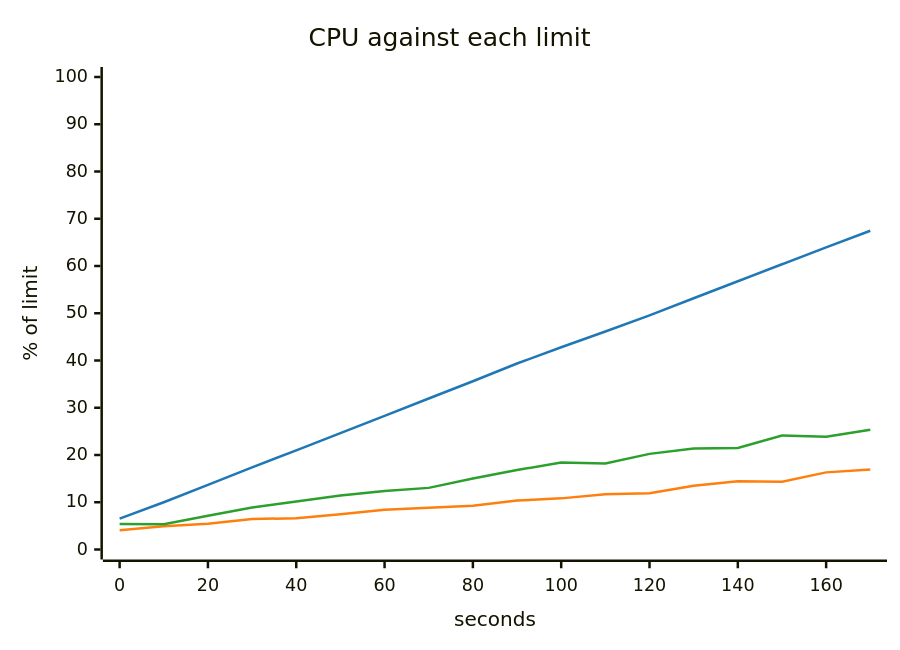
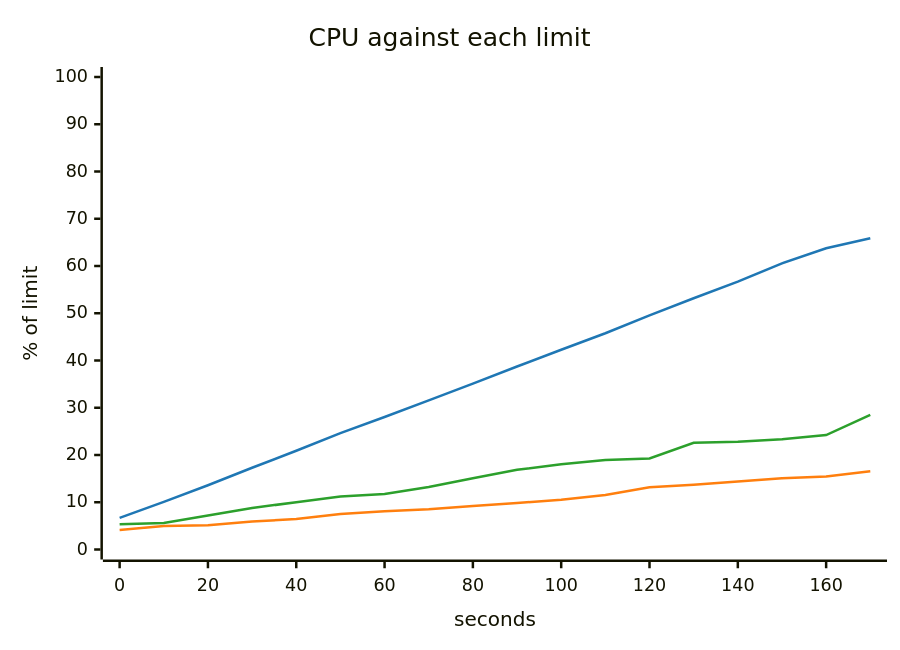
Before and after one commit to akinfemi/load-lore: the fifth of 5 diagrams in scenarios/statement-day/solutions/more-memory/report.md, drawn with Mermaid. The commit also changed other lines of this file and 125 other files, not shown here.

````diff
--- a/scenarios/statement-day/solutions/more-memory/report.md
+++ b/scenarios/statement-day/solutions/more-memory/report.md
@@ -92,16 +92,16 @@
 ```mermaid
 ---
 config:
   themeVariables:
     xyChart:
       backgroundColor: "transparent"
       plotColorPalette: "#1f77b4, #ff7f0e, #2ca02c"
 ---
 xychart-beta
     title "CPU against each limit"
     x-axis "seconds" 0 --> 170
     y-axis "% of limit" 0 --> 100
-    line [6.528, 10.002, 13.685, 17.375, 20.978, 24.642, 28.263, 31.953, 35.611, 39.358, 42.809, 46.129, 49.564, 53.182, 56.767, 60.367, 63.93, 67.46]
-    line [4.085, 4.929, 5.444, 6.436, 6.629, 7.475, 8.396, 8.848, 9.283, 10.365, 10.821, 11.685, 11.894, 13.474, 14.428, 14.338, 16.324, 16.906]
-    line [5.371, 5.342, 7.127, 8.899, 10.164, 11.416, 12.36, 13.041, 15.025, 16.825, 18.407, 18.183, 20.24, 21.354, 21.473, 24.139, 23.887, 25.34]
+    line [6.692, 10.077, 13.602, 17.299, 20.898, 24.628, 28.04, 31.556, 35.102, 38.729, 42.268, 45.766, 49.567, 53.177, 56.691, 60.565, 63.752, 65.854]
+    line [4.115, 4.995, 5.147, 5.927, 6.44, 7.503, 8.072, 8.507, 9.187, 9.837, 10.544, 11.524, 13.154, 13.705, 14.391, 15.073, 15.468, 16.548]
+    line [5.32, 5.622, 7.177, 8.794, 10, 11.229, 11.769, 13.208, 15.064, 16.861, 18.054, 18.927, 19.282, 22.572, 22.786, 23.317, 24.225, 28.498]
 ```
````
